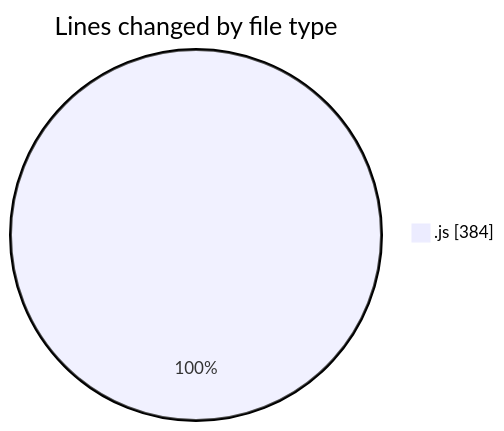
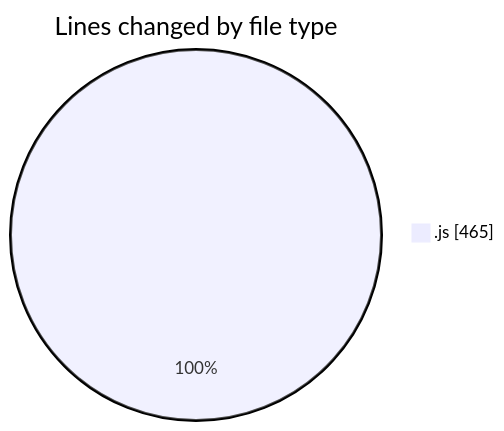
The first of 2 diagrams in 2025-04-04/jsvms/README.md (BS-eng2023/code-tracking), drawn with Mermaid before and after one commit. The commit also changed other lines of this file and 1 other file, not shown here.

````diff
--- a/2025-04-04/jsvms/README.md
+++ b/2025-04-04/jsvms/README.md
@@ -24,5 +25,5 @@
 ```mermaid
 pie showData
 title Lines changed by file type
-".js" : 384
+".js" : 465
 ```
````
